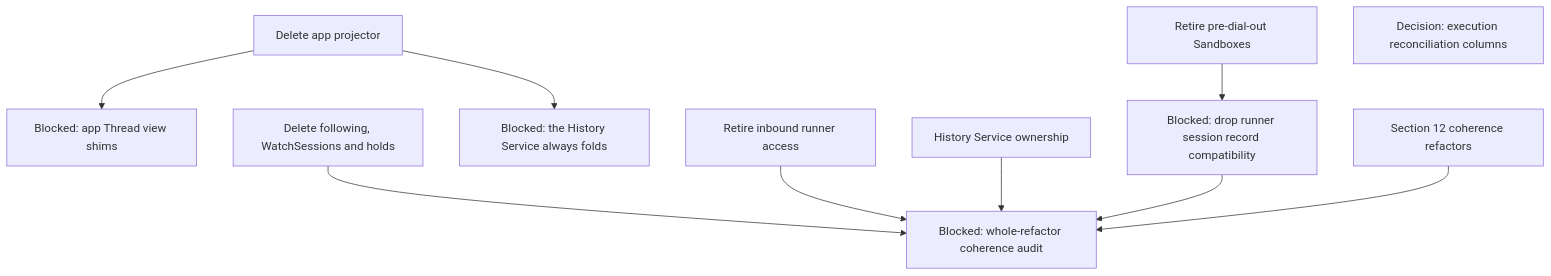
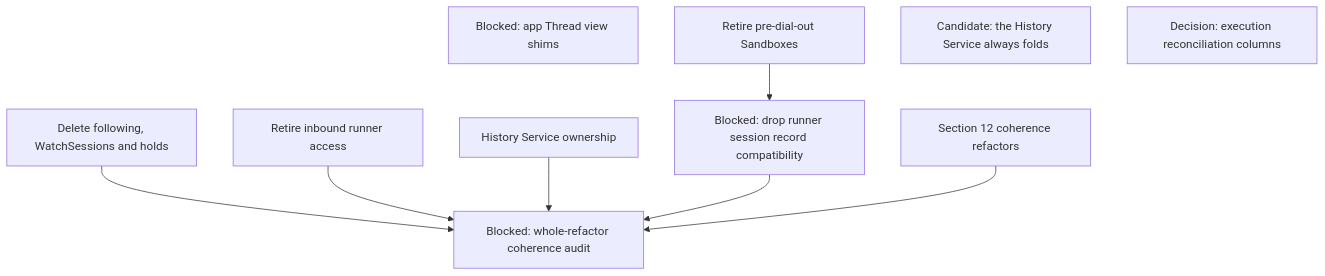
Before and after one commit to agentydragon/ducktape: diagram 11 of 13 in agentplane/plans/task_dag.md, drawn with Mermaid. The commit also changed other lines of this file and 77 other files, not shown here.

First line of the commit message:
agentplane/app: read Threads only from the History Service; delete the app projector

````diff
--- a/agentplane/plans/task_dag.md
+++ b/agentplane/plans/task_dag.md
@@ -830,17 +820,15 @@
 ```mermaid
 flowchart TD
     APP_THREAD_VIEW_CLEANUP[Blocked: app Thread view shims]
     RUNNER_SESSION_RECORD_SHIMS[Blocked: drop runner session record compatibility]
     LEGACY_SANDBOX_RETIRE[Retire pre-dial-out Sandboxes]
     LEGACY_SANDBOX_RETIRE --> RUNNER_SESSION_RECORD_SHIMS
-    HISTORY_FOLD_ALWAYS_ON[Blocked: the History Service always folds]
-    APP_PROJECTOR_RETIRE[Delete app projector] --> HISTORY_FOLD_ALWAYS_ON
-    APP_PROJECTOR_RETIRE --> APP_THREAD_VIEW_CLEANUP
+    HISTORY_FOLD_ALWAYS_ON[Candidate: the History Service always folds]
     ACTION_EXECUTION_AUDIT_TRIM[Decision: execution reconciliation columns]
     REFACTOR_COHERENCE_AUDIT[Blocked: whole-refactor coherence audit]
     FOLLOW_PATH_RETIRE[Delete following, WatchSessions and holds] --> REFACTOR_COHERENCE_AUDIT
     RUNNER_INBOUND_RETIRE[Retire inbound runner access] --> REFACTOR_COHERENCE_AUDIT
     HISTORY_SERVICE_OWNERSHIP[History Service ownership] --> REFACTOR_COHERENCE_AUDIT
     RUNNER_SESSION_RECORD_SHIMS --> REFACTOR_COHERENCE_AUDIT
     COHERENCE_REFACTORS[Section 12 coherence refactors] --> REFACTOR_COHERENCE_AUDIT
 ```
````
